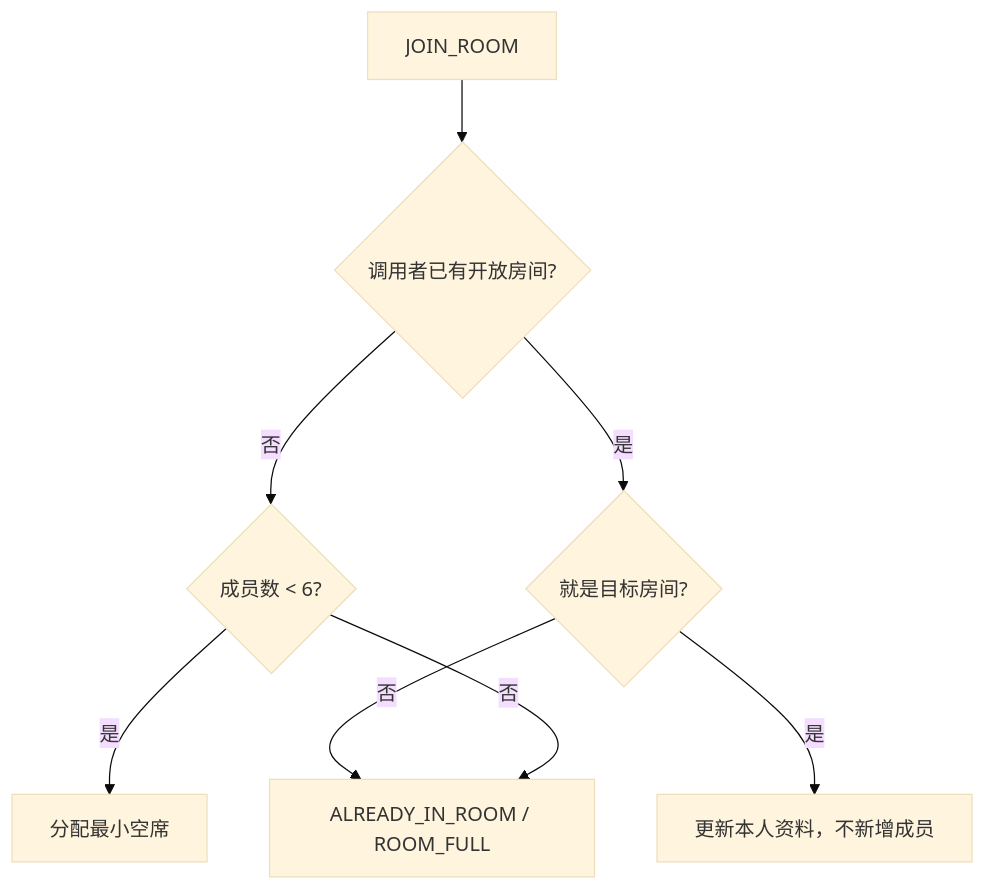
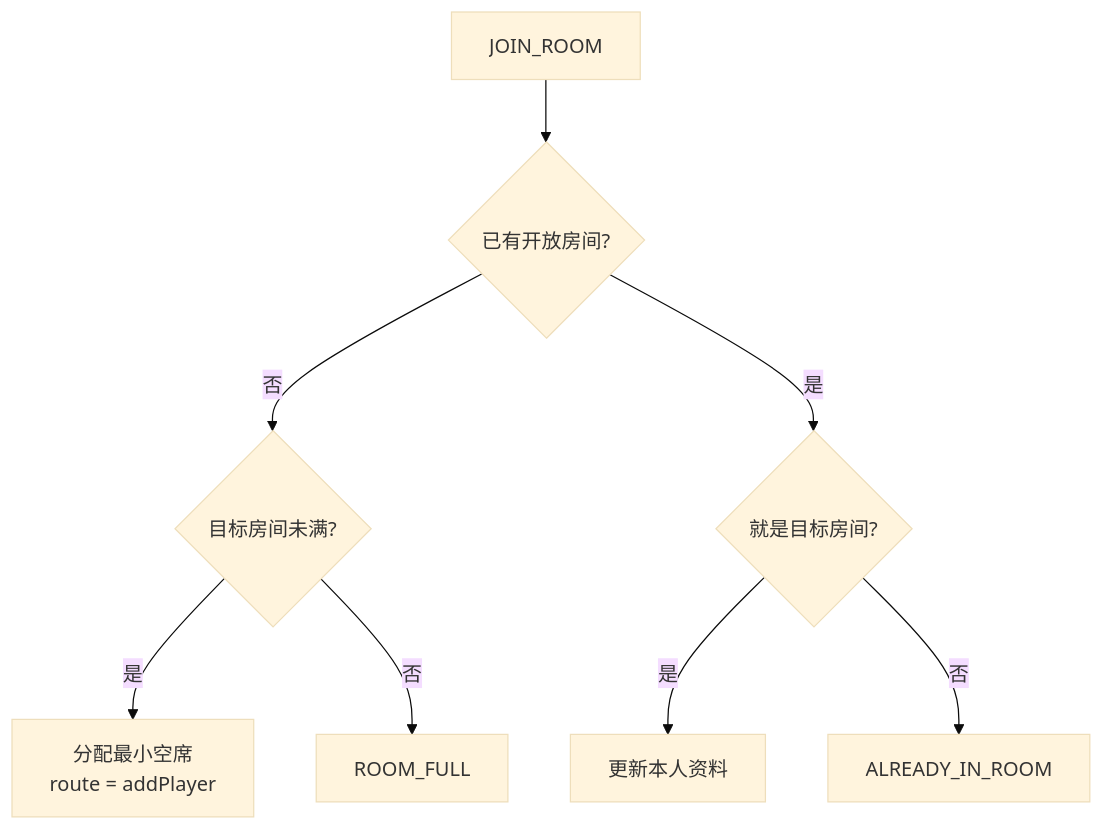
Before and after one commit to Bubble-419/cardboard-miniprogram: the sixth of 17 diagrams in docs/ROOM_BUSINESS_FLOWS.md, drawn with Mermaid (base theme). The commit also changed other lines of this file and 25 other files, not shown here.

Commit message:
fix: align v3 routes with business flows

````diff
--- a/docs/ROOM_BUSINESS_FLOWS.md
+++ b/docs/ROOM_BUSINESS_FLOWS.md
@@ -66,18 +220,10 @@
 ```mermaid
 flowchart TD
-  JOIN[JOIN_ROOM]
-  ACTIVE{调用者已有开放房间?}
-  SAME{就是目标房间?}
-  CAP{成员数 < 6?}
-  SEAT[分配最小空席]
-  UPDATE[更新本人资料，不新增成员]
-  REJECT[ALREADY_IN_ROOM / ROOM_FULL]
-
-  JOIN --> ACTIVE
-  ACTIVE -->|否| CAP
-  ACTIVE -->|是| SAME
-  SAME -->|是| UPDATE
-  SAME -->|否| REJECT
-  CAP -->|是| SEAT
-  CAP -->|否| REJECT
+  JOIN[JOIN_ROOM] --> ACTIVE{已有开放房间?}
+  ACTIVE -->|否| CAP{目标房间未满?}
+  ACTIVE -->|是| SAME{就是目标房间?}
+  SAME -->|是| UPDATE[更新本人资料]
+  SAME -->|否| REJECT[ALREADY_IN_ROOM]
+  CAP -->|是| SEAT[分配最小空席<br/>route = addPlayer]
+  CAP -->|否| FULL[ROOM_FULL]
 ```
````
